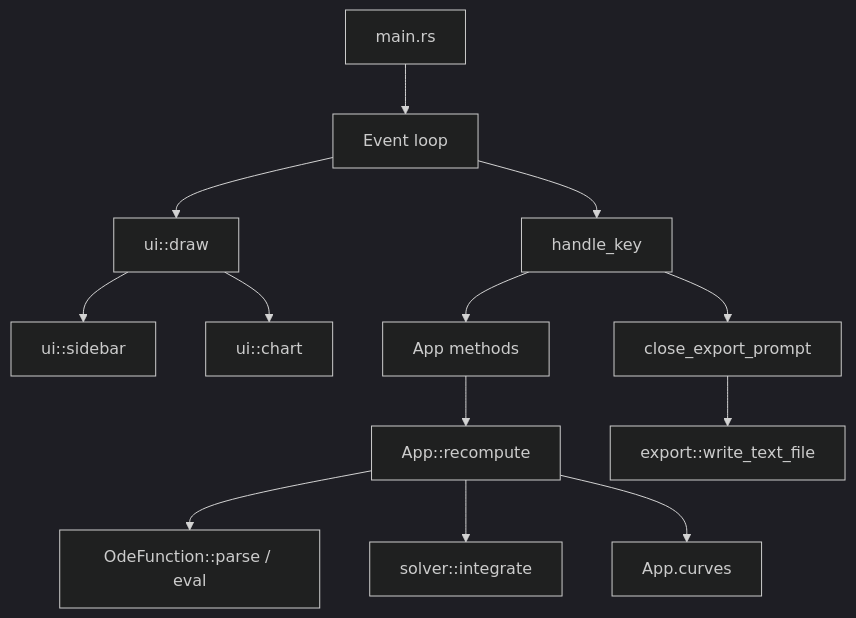
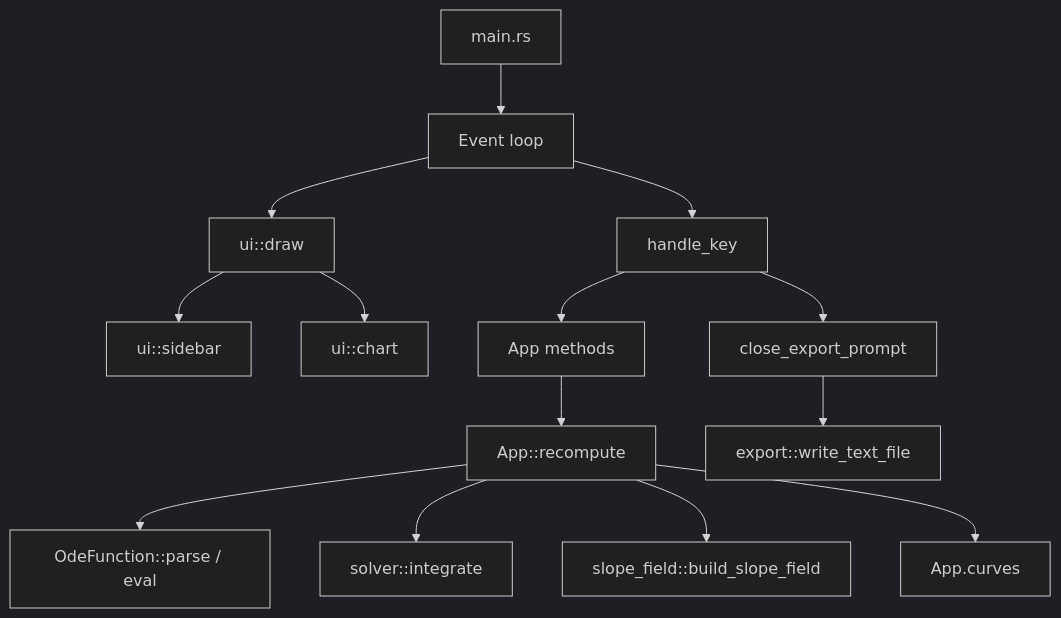
One commit to waffleattack/NumericalApproximater changed the diagram in CODE_STRUCTURE.md. Above: the diagram before and after it, drawn with Mermaid (dark theme). The commit also changed other lines of this file and 10 other files, not shown here.

First line of the commit message:
feat: add slope field graph with configurable view bounds

````diff
--- a/CODE_STRUCTURE.md
+++ b/CODE_STRUCTURE.md
@@ -55,15 +56,16 @@
 ```mermaid
 flowchart TD
     main[main.rs] --> loop[Event loop]
     loop --> draw[ui::draw]
     loop --> keys[handle_key]
     keys --> app[App methods]
     app --> recompute[App::recompute]
     recompute --> expr[OdeFunction::parse / eval]
     recompute --> solver[solver::integrate]
+    recompute --> slope[slope_field::build_slope_field]
     recompute --> curves[App.curves]
     draw --> sidebar[ui::sidebar]
     draw --> chart[ui::chart]
     keys --> export[close_export_prompt]
     export --> export_mod[export::write_text_file]
 ```
````
